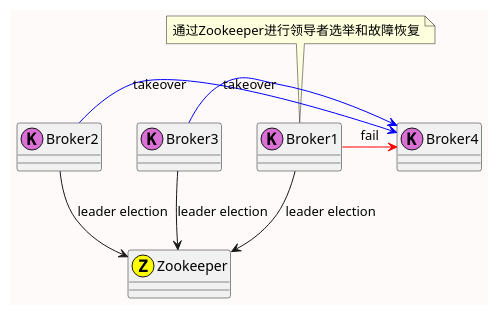
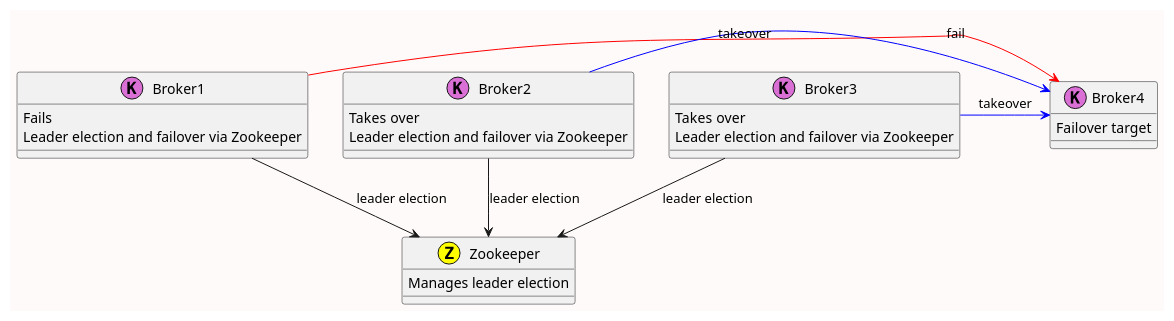
One commit to huangyingw/system_design changed the diagram in architecture_diagrams/kafka_fault_handling_and_recovery.puml. Above: the diagram before and after it, drawn with PlantUML.

```diff
--- a/architecture_diagrams/kafka_fault_handling_and_recovery.puml
+++ b/architecture_diagrams/kafka_fault_handling_and_recovery.puml
@@ -1,19 +1,31 @@
 @startuml
 skinparam backgroundColor #FFFAFA
 
-class Broker1 << (K,orchid) >>
-class Broker2 << (K,orchid) >>
-class Broker3 << (K,orchid) >>
-class Broker4 << (K,orchid) >>
-class Zookeeper << (Z,yellow) >>
+class Broker1 << (K,orchid) >> {
+    Fails
+    Leader election and failover via Zookeeper
+}
+class Broker2 << (K,orchid) >> {
+    Takes over
+    Leader election and failover via Zookeeper
+}
+class Broker3 << (K,orchid) >> {
+    Takes over
+    Leader election and failover via Zookeeper
+}
+class Broker4 << (K,orchid) >> {
+    Failover target
+}
+class Zookeeper << (Z,yellow) >> {
+    Manages leader election
+}
 
 Broker1 --> Zookeeper : leader election
 Broker2 --> Zookeeper : leader election
 Broker3 --> Zookeeper : leader election
 
 Broker1 -[#red]> Broker4 : fail
 Broker2 -[#blue]> Broker4 : takeover
 Broker3 -[#blue]> Broker4 : takeover
 
-note top of Broker1 : 通过Zookeeper进行领导者选举和故障恢复
 @enduml
```
